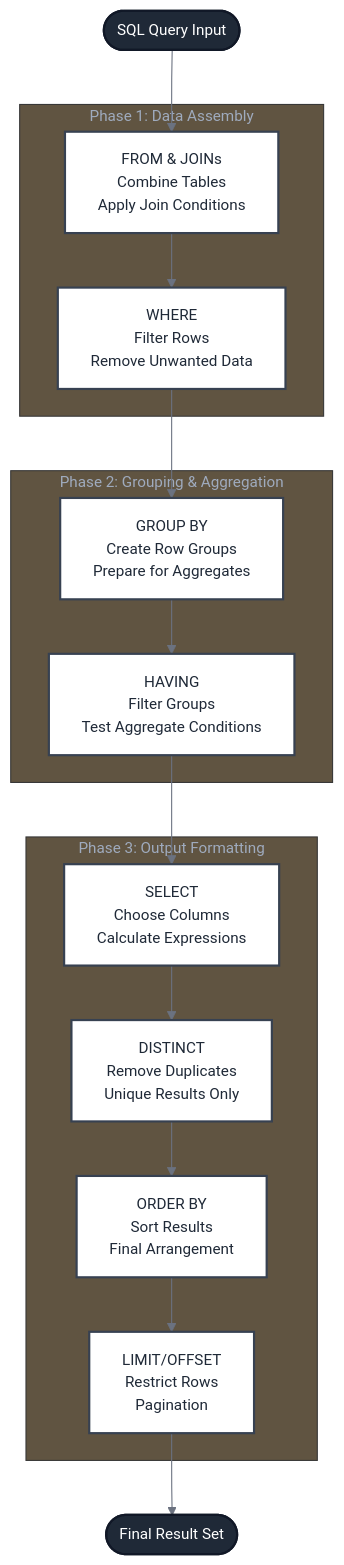
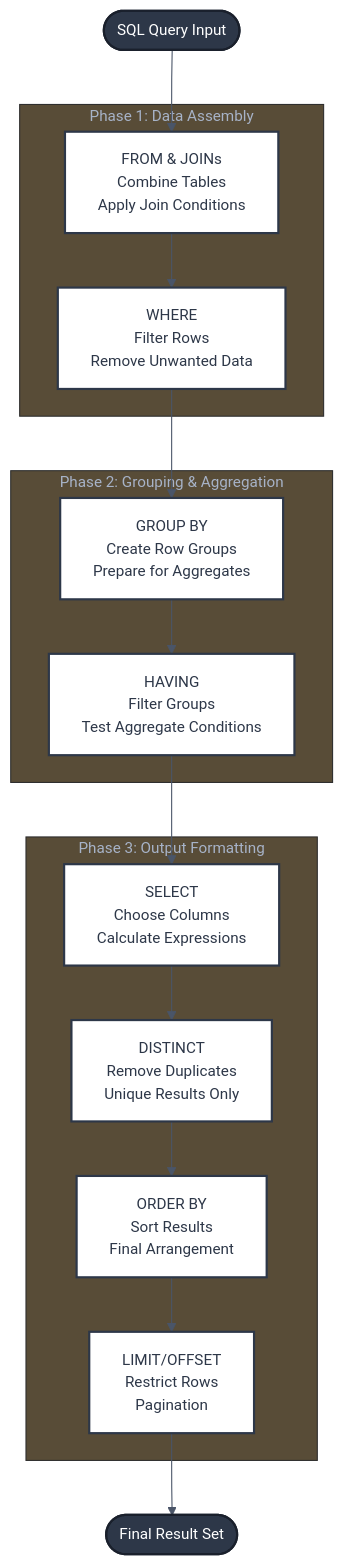
One commit to MayankBambal/mayankbambal.github.io changed the second of 2 diagrams in super_sql_guide/level_2/Chapter1/Introduction.md. Above: the diagram before and after it, drawn with Mermaid.

````diff
--- a/super_sql_guide/level_2/Chapter1/Introduction.md
+++ b/super_sql_guide/level_2/Chapter1/Introduction.md
@@ -70,49 +70,49 @@
 ```mermaid
 ---
 config:
   theme: base
   themeVariables:
-    primaryColor: '#374151'
+    primaryColor: '#2d3748'
     primaryTextColor: '#ffffff'
-    primaryBorderColor: '#1f2937'
-    lineColor: '#6b7280'
+    primaryBorderColor: '#1a202c'
+    lineColor: '#4a5568'
     fontSize: '14px'
 ---
 flowchart TD
     START([SQL Query Input]) --> FROM
     
     subgraph "Phase 1: Data Assembly"
         FROM["FROM & JOINs<br/>Combine Tables<br/>Apply Join Conditions"]
         WHERE["WHERE<br/>Filter Rows<br/>Remove Unwanted Data"]
     end
     
     subgraph "Phase 2: Grouping & Aggregation"
         GROUP["GROUP BY<br/>Create Row Groups<br/>Prepare for Aggregates"]
         HAVING["HAVING<br/>Filter Groups<br/>Test Aggregate Conditions"]
     end
     
     subgraph "Phase 3: Output Formatting"
         SELECT["SELECT<br/>Choose Columns<br/>Calculate Expressions"]
         DISTINCT["DISTINCT<br/>Remove Duplicates<br/>Unique Results Only"]
         ORDER["ORDER BY<br/>Sort Results<br/>Final Arrangement"]
         LIMIT["LIMIT/OFFSET<br/>Restrict Rows<br/>Pagination"]
     end
     
     RESULT([Final Result Set])
     
     FROM --> WHERE
     WHERE --> GROUP
     GROUP --> HAVING
     HAVING --> SELECT
     SELECT --> DISTINCT
     DISTINCT --> ORDER
     ORDER --> LIMIT
     LIMIT --> RESULT
     
-    classDef phaseBox fill:#f9fafb,stroke:#374151,stroke-width:2px
-    classDef startEnd fill:#1f2937,stroke:#111827,stroke-width:2px,color:#ffffff
-    classDef process fill:#ffffff,stroke:#374151,stroke-width:2px,color:#1f2937
+    classDef phaseBox fill:#f7fafc,stroke:#2d3748,stroke-width:2px
+    classDef startEnd fill:#2d3748,stroke:#1a202c,stroke-width:2px,color:#ffffff
+    classDef process fill:#ffffff,stroke:#2d3748,stroke-width:2px,color:#2d3748
     
     class START,RESULT startEnd
     class FROM,WHERE,GROUP,HAVING,SELECT,DISTINCT,ORDER,LIMIT process
 ```
````
